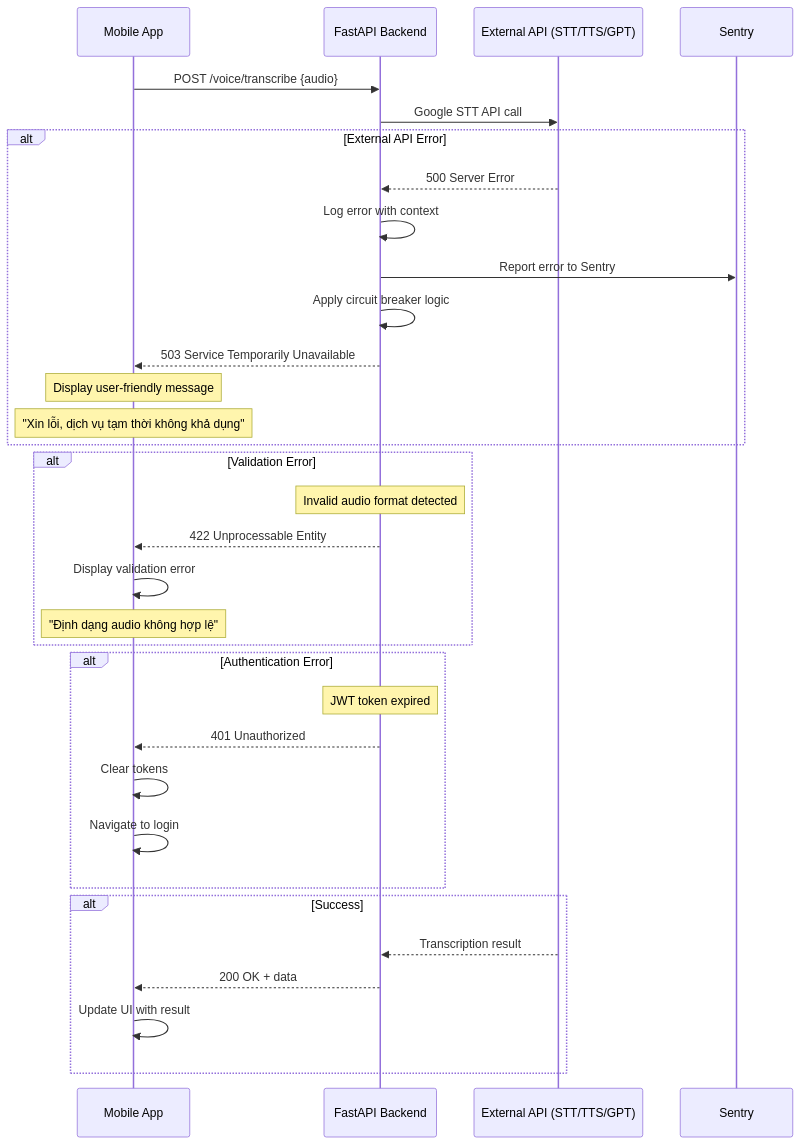
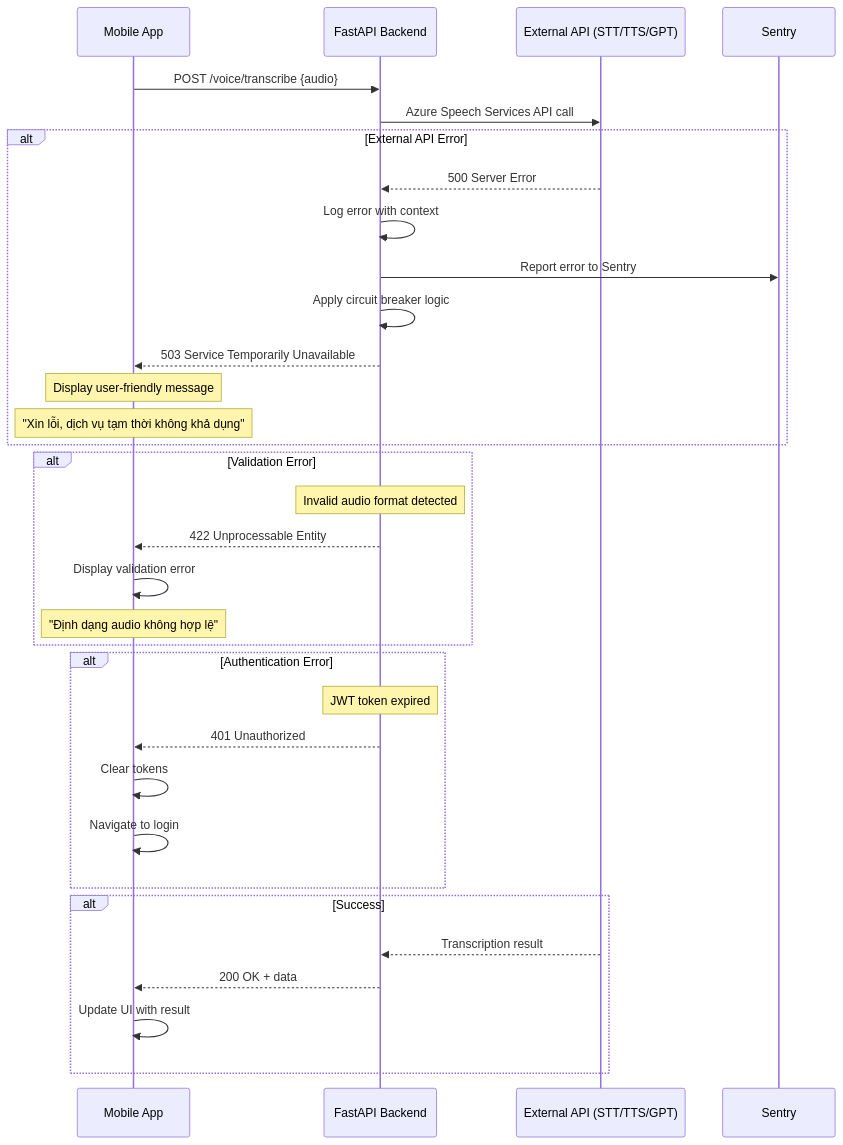
One commit to hieutrtr/numerologist changed the sixth of 6 diagrams in docs/architecture.md. Above: the diagram before and after it, drawn with Mermaid. The commit also changed other lines of this file, not shown here.

Commit message:
review architecture doc

````diff
--- a/docs/architecture.md
+++ b/docs/architecture.md
@@ -2998,40 +3093,40 @@
 ```mermaid
 sequenceDiagram
     participant Client as Mobile App
     participant API as FastAPI Backend
     participant ExtAPI as External API (STT/TTS/GPT)
     participant ErrorTracker as Sentry
 
     Client->>API: POST /voice/transcribe {audio}
-    API->>ExtAPI: Google STT API call
+    API->>ExtAPI: Azure Speech Services API call
     
     alt External API Error
         ExtAPI-->>API: 500 Server Error
         API->>API: Log error with context
         API->>ErrorTracker: Report error to Sentry
         API->>API: Apply circuit breaker logic
         API-->>Client: 503 Service Temporarily Unavailable
         Note over Client: Display user-friendly message
         Note over Client: "Xin lỗi, dịch vụ tạm thời không khả dụng"
     end
     
     alt Validation Error
         Note over API: Invalid audio format detected
         API-->>Client: 422 Unprocessable Entity
         Client->>Client: Display validation error
         Note over Client: "Định dạng audio không hợp lệ"
     end
     
     alt Authentication Error
         Note over API: JWT token expired
         API-->>Client: 401 Unauthorized
         Client->>Client: Clear tokens
         Client->>Client: Navigate to login
     end
     
     alt Success
         ExtAPI-->>API: Transcription result
         API-->>Client: 200 OK + data
         Client->>Client: Update UI with result
     end
 ```
````
